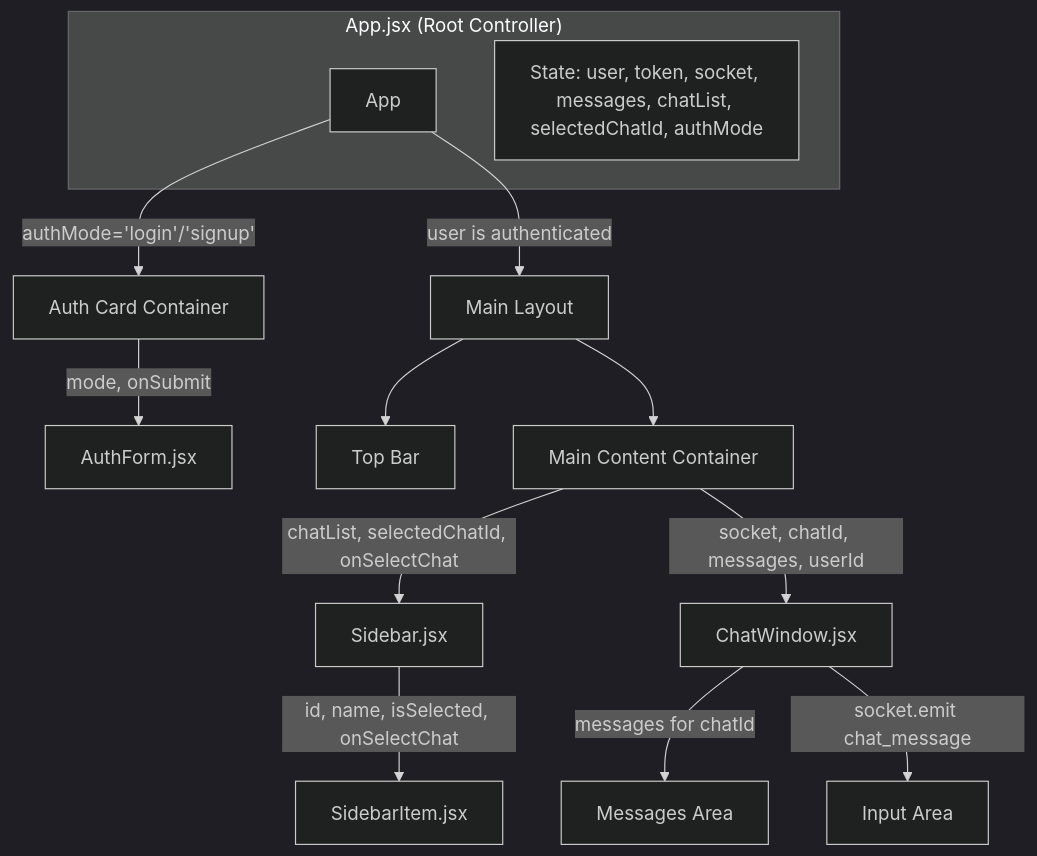
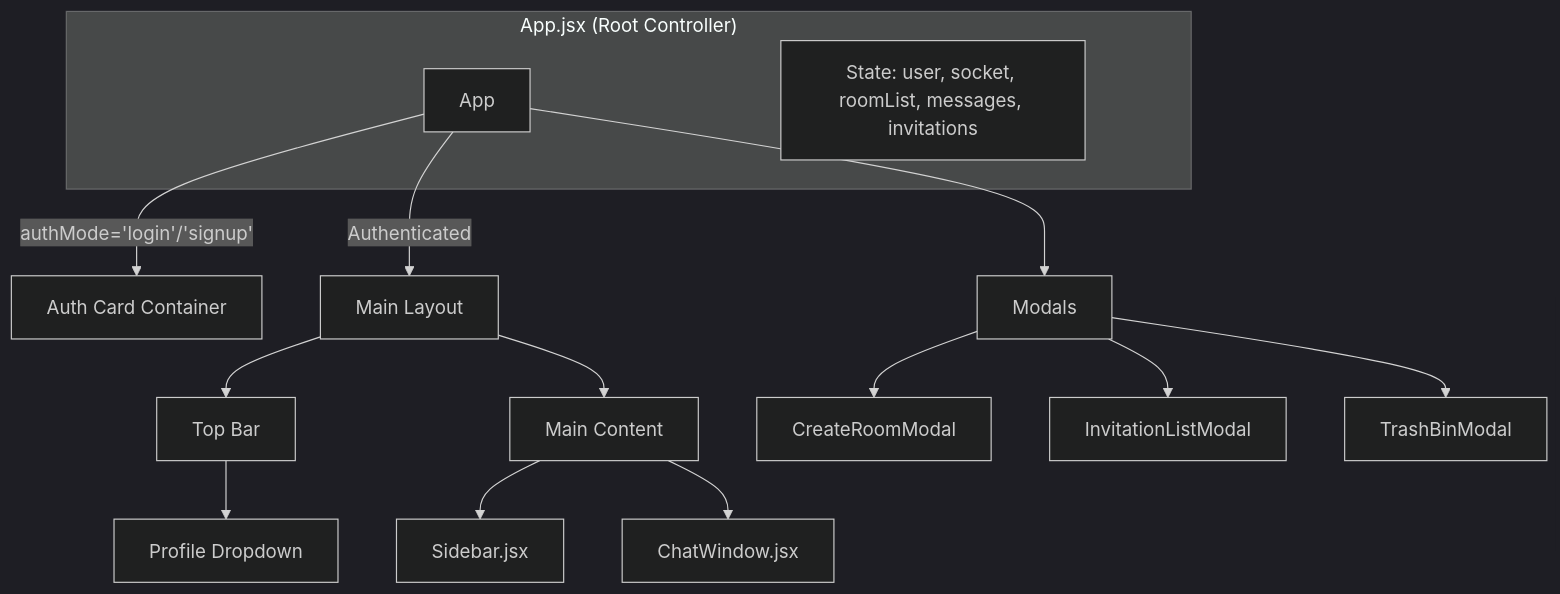
The first of 2 diagrams in README.md (chandanyuva/chat_app), drawn with Mermaid (dark theme) before and after one commit. The commit also changed other lines of this file and 11 other files, not shown here.

````diff
--- a/README.md
+++ b/README.md
@@ -7,21 +85,23 @@
 ```mermaid
 graph TD
     subgraph "App.jsx (Root Controller)"
         App[App]
-        AppState[State: user, token, socket, messages, chatList, selectedChatId, authMode]
+        AppState[State: user, socket, roomList, messages, invitations]
     end
 
     App -->|authMode='login'/'signup'| AuthCard[Auth Card Container]
-    AuthCard -->|mode, onSubmit| AuthForm[AuthForm.jsx]
-
-    App -->|user is authenticated| Layout[Main Layout]
+    
+    App -->|Authenticated| Layout[Main Layout]
     Layout --> TopBar[Top Bar]
-    Layout --> Content[Main Content Container]
-
-    Content -->|chatList, selectedChatId, onSelectChat| Sidebar[Sidebar.jsx]
-    Sidebar -->|id, name, isSelected, onSelectChat| SidebarItem[SidebarItem.jsx]
-
-    Content -->|socket, chatId, messages, userId| Chat[ChatWindow.jsx]
-    Chat -->|messages for chatId| MessageList[Messages Area]
-    Chat -->|socket.emit chat_message| Input[Input Area]
+    TopBar --> ProfileMenu[Profile Dropdown]
+    
+    Layout --> Content[Main Content]
+    
+    Content --> Sidebar[Sidebar.jsx]
+    Content --> Chat[ChatWindow.jsx]
+    
+    App --> Modals
+    Modals --> CreateRoom[CreateRoomModal]
+    Modals --> InviteList[InvitationListModal]
+    Modals --> TrashBin[TrashBinModal]
 ```
````
